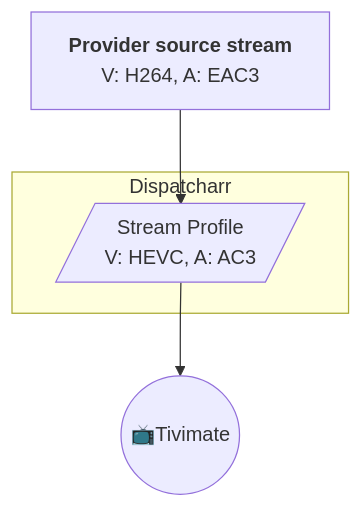
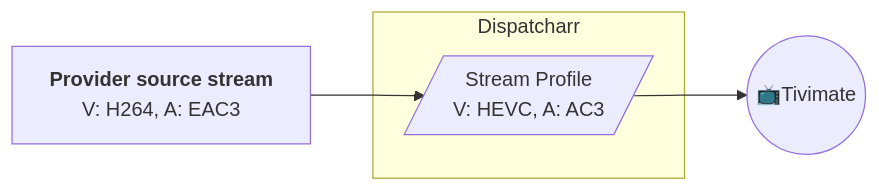
Before and after one commit to Dispatcharr/Dispatcharr-Docs: the first of 2 diagrams in docs/en/system.md, drawn with Mermaid.

Commit message:
Switch stream profile mermaid layout to left-right

````diff
--- a/docs/en/system.md
+++ b/docs/en/system.md
@@ -173,10 +173,10 @@
 ```mermaid
-flowchart TB
+flowchart LR
  subgraph D["Dispatcharr"]
         SP[/"Stream Profile <br> V: HEVC, A: AC3"/]
   end
     PR["`**Provider source stream** <br> V: H264, A: EAC3`"] --> SP
     SP --> n1@{ label: "<span style=\"background-color:\">📺</span>Tivimate" }
 
     n1@{ shape: circle}
 ```
````
